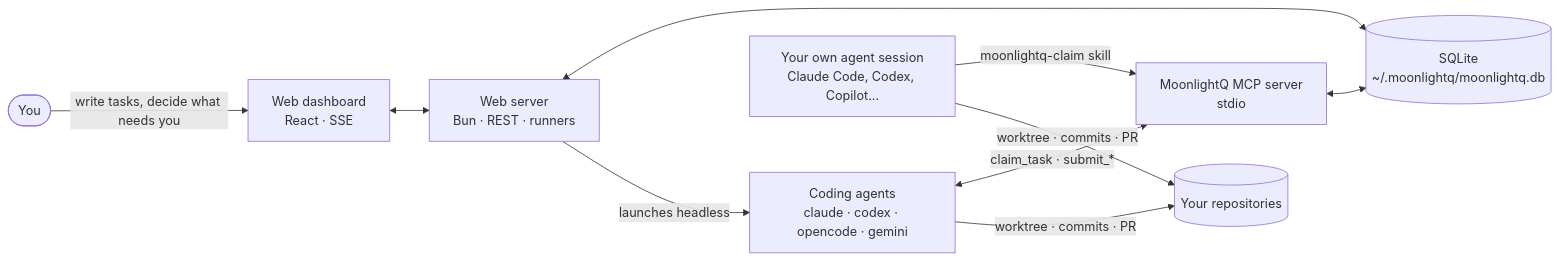
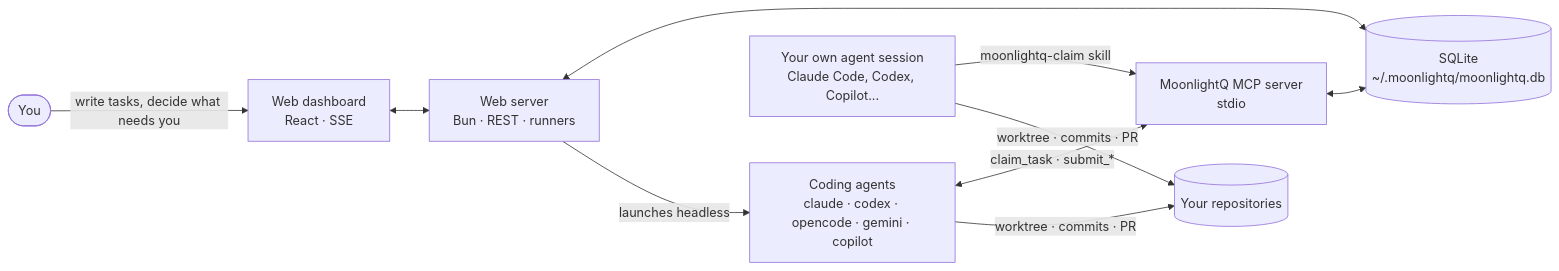
The first of 3 diagrams in README.md (sergiowero/agent-task-queue), drawn with Mermaid before and after one commit. The commit also changed other lines of this file and 20 other files, not shown here.

````diff
--- a/README.md
+++ b/README.md
@@ -63,12 +63,12 @@
 ```mermaid
 flowchart LR
     you([You]) -->|write tasks, decide what needs you| ui["Web dashboard<br/>React · SSE"]
     ui <--> server["Web server<br/>Bun · REST · runners"]
     server <--> db[("SQLite<br/>~/.moonlightq/moonlightq.db")]
-    server -->|launches headless| agents["Coding agents<br/>claude · codex · opencode · gemini"]
+    server -->|launches headless| agents["Coding agents<br/>claude · codex · opencode · gemini · copilot"]
     ide["Your own agent session<br/>Claude Code, Codex, Copilot..."] -->|moonlightq-claim skill| mcp
     agents <-->|claim_task · submit_*| mcp["MoonlightQ MCP server<br/>stdio"]
     mcp <--> db
     agents -->|worktree · commits · PR| repo[("Your repositories")]
     ide -->|worktree · commits · PR| repo
 ```
````
